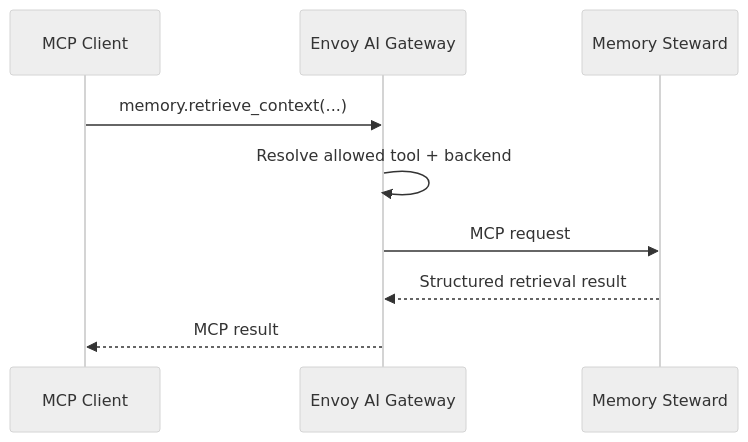
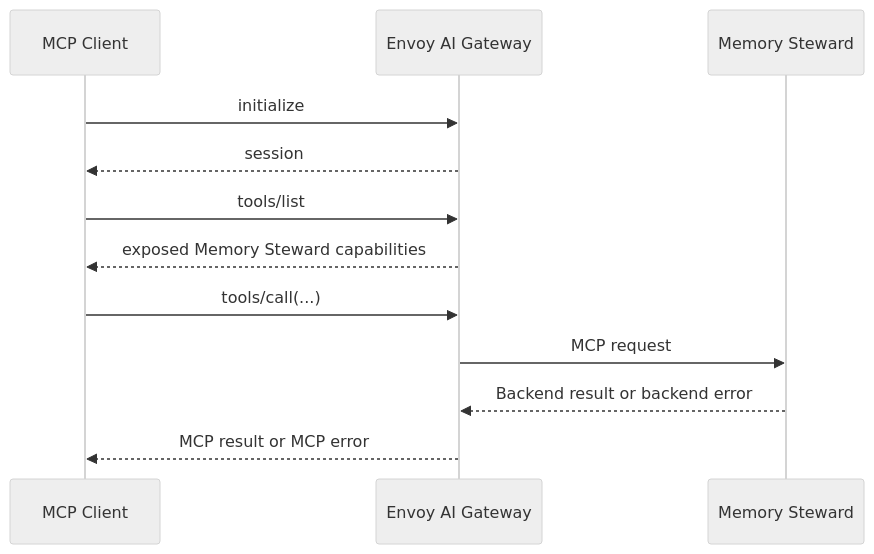
The second of 3 diagrams in docs/06_mcp_service.md (homel-dev/llm-runtime), drawn with Mermaid (neutral theme) before and after one commit. The commit also changed other lines of this file and 17 other files, not shown here.

````diff
--- a/docs/06_mcp_service.md
+++ b/docs/06_mcp_service.md
@@ -358,12 +337,15 @@
 ```mermaid
 sequenceDiagram
     participant C as MCP Client
     participant G as Envoy AI Gateway
     participant S as Memory Steward
 
-    C->>G: memory.retrieve_context(...)
-    G->>G: Resolve allowed tool + backend
+    C->>G: initialize
+    G-->>C: session
+    C->>G: tools/list
+    G-->>C: exposed Memory Steward capabilities
+    C->>G: tools/call(...)
     G->>S: MCP request
-    S-->>G: Structured retrieval result
-    G-->>C: MCP result
+    S-->>G: Backend result or backend error
+    G-->>C: MCP result or MCP error
 ```
````
